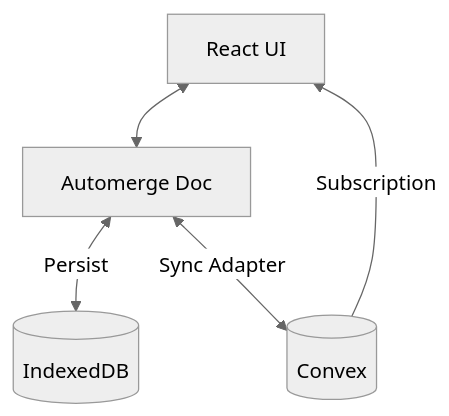
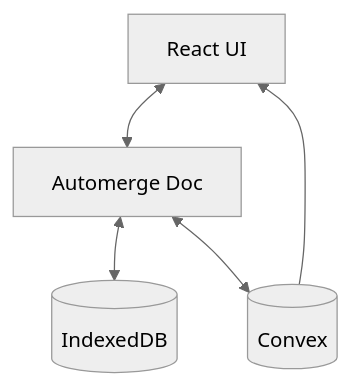
Before and after one commit to robelest/robelest: the fifth of 12 diagrams in journal/2025-12-25-replicate-local-first.md, drawn with Mermaid (neutral theme). The commit also changed other lines of this file and 3 other files, not shown here.

First line of the commit message:
feat: use mermaid-cli for PDF diagram rendering with caching

````diff
--- a/journal/2025-12-25-replicate-local-first.md
+++ b/journal/2025-12-25-replicate-local-first.md
@@ -311,7 +310,7 @@
 ```mermaid
 flowchart TD
     UI[React UI] <--> AM[Automerge Doc]
-    AM <-->|Persist| IDB[(IndexedDB)]
-    AM <-->|Sync Adapter| CONVEX[(Convex)]
-    CONVEX -->|Subscription| UI
+    AM <-->IDB[(IndexedDB)]
+    AM <--> CONVEX[(Convex)]
+    CONVEX -->UI
 ```
````
